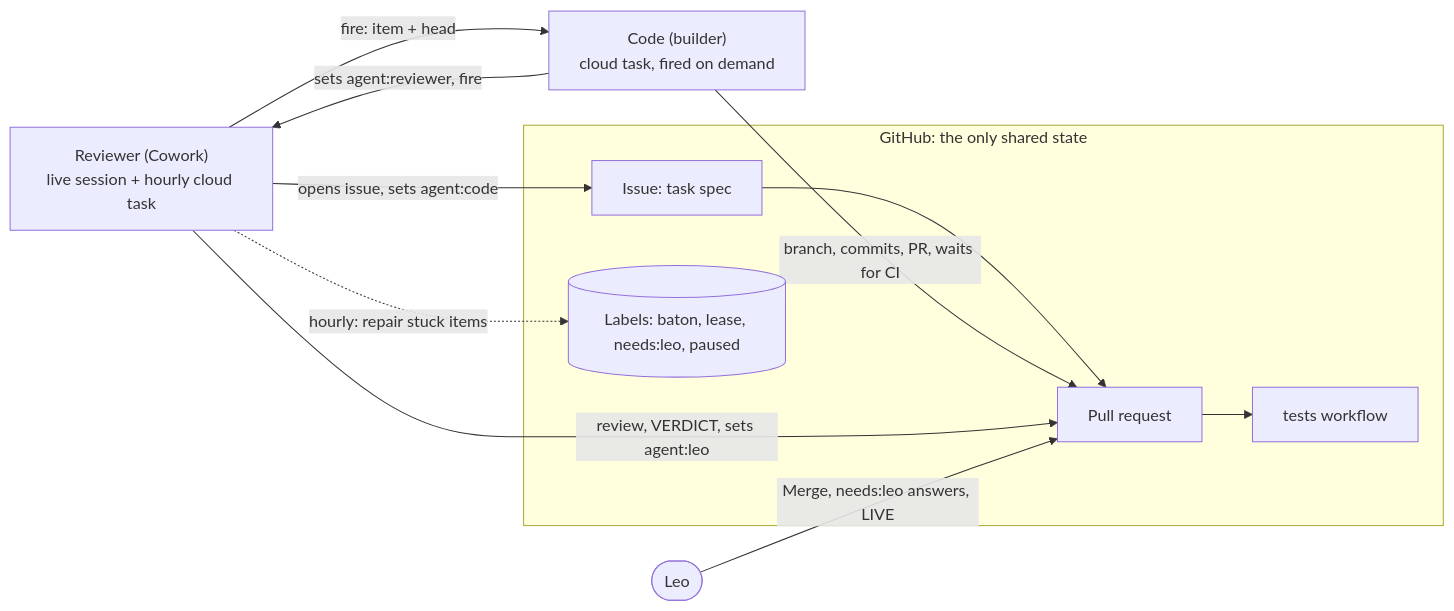
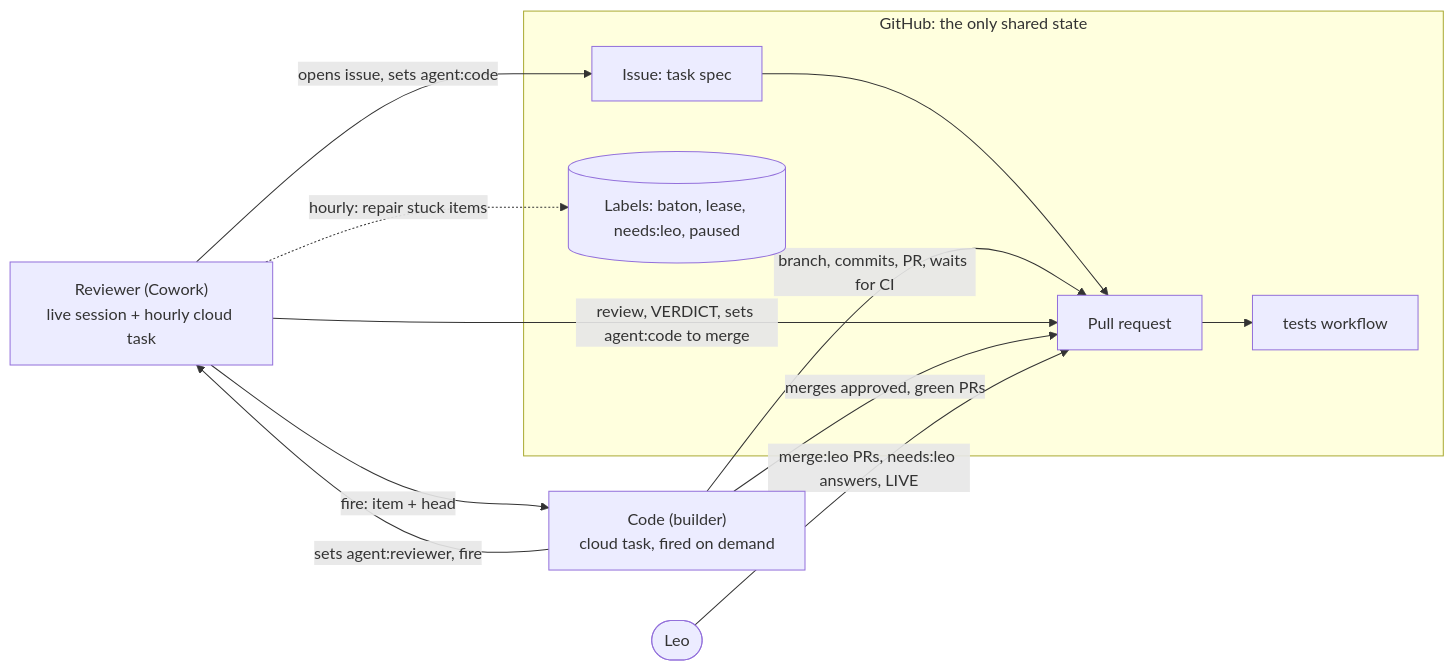
Before and after one commit to lheiiyy/TLMI-AI: the diagram in docs/AUTOMATION.md, drawn with Mermaid. The commit also changed other lines of this file and 2 other files, not shown here.

First line of the commit message:
docs: record Leo B1-B4 answers; task prompts as files

````diff
--- a/docs/AUTOMATION.md
+++ b/docs/AUTOMATION.md
@@ -87,18 +97,19 @@
 ```mermaid
 flowchart LR
   subgraph GitHub["GitHub: the only shared state"]
     I["Issue: task spec"] --> P["Pull request"]
     P --> CI["tests workflow"]
     L[("Labels: baton, lease, needs:leo, paused")]
   end
   R["Reviewer (Cowork)<br/>live session + hourly cloud task"]
   C["Code (builder)<br/>cloud task, fired on demand"]
   Leo([Leo])
   R -- "opens issue, sets agent:code" --> I
   R -- "fire: item + head" --> C
   C -- "branch, commits, PR, waits for CI" --> P
   C -- "sets agent:reviewer, fire" --> R
-  R -- "review, VERDICT, sets agent:leo" --> P
-  Leo -- "Merge, needs:leo answers, LIVE" --> P
+  R -- "review, VERDICT, sets agent:code to merge" --> P
+  C -- "merges approved, green PRs" --> P
+  Leo -- "merge:leo PRs, needs:leo answers, LIVE" --> P
   R -. "hourly: repair stuck items" .-> L
 ```
````
